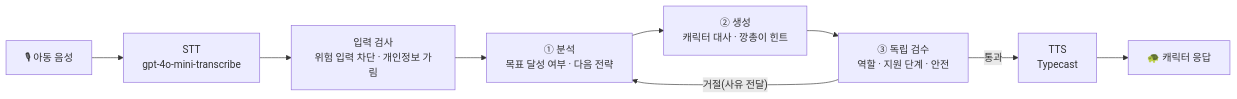
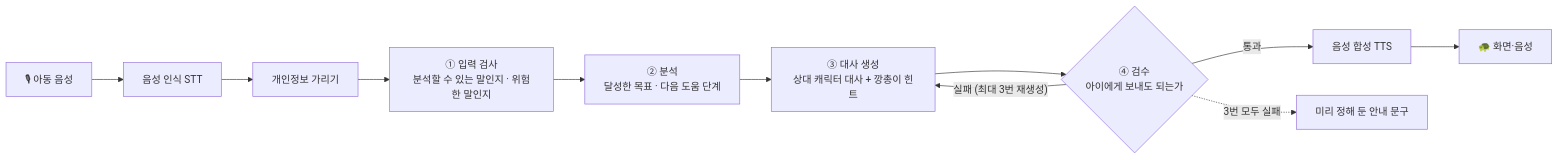
One commit to kakaotechcampus-4/ktc4-chonnam-4 changed the first of 3 diagrams in README.md. Above: the diagram before and after it, drawn with Mermaid. The commit also changed other lines of this file, not shown here.

````diff
--- a/README.md
+++ b/README.md
@@ -153,11 +162,12 @@
 ```mermaid
 flowchart LR
-  A["🎙 아동 음성"] --> STT["STT<br/>gpt-4o-mini-transcribe"]
-  STT --> IN["입력 검사<br/>위험 입력 차단 · 개인정보 가림"]
-  IN --> AN["① 분석<br/>목표 달성 여부 · 다음 전략"]
-  AN --> GEN["② 생성<br/>캐릭터 대사 · 깡총이 힌트"]
-  GEN --> REV["③ 독립 검수<br/>역할 · 지원 단계 · 안전"]
-  REV -- "통과" --> TTS["TTS<br/>Typecast"]
-  REV -- "거절(사유 전달)" --> AN
-  TTS --> C["🐢 캐릭터 응답"]
+  A["🎙 아동 음성"] --> STT["음성 인식 STT"]
+  STT --> PII["개인정보 가리기"]
+  PII --> IN["① 입력 검사<br/>분석할 수 있는 말인지 · 위험한 말인지"]
+  IN --> AN["② 분석<br/>달성한 목표 · 다음 도움 단계"]
+  AN --> GEN["③ 대사 생성<br/>상대 캐릭터 대사 + 깡총이 힌트"]
+  GEN --> REV{"④ 검수<br/>아이에게 보내도 되는가"}
+  REV -- "통과" --> TTS["음성 합성 TTS"] --> C["🐢 화면·음성"]
+  REV -- "실패 (최대 3번 재생성)" --> GEN
+  REV -. "3번 모두 실패" .-> F["미리 정해 둔 안내 문구"]
 ```
````
